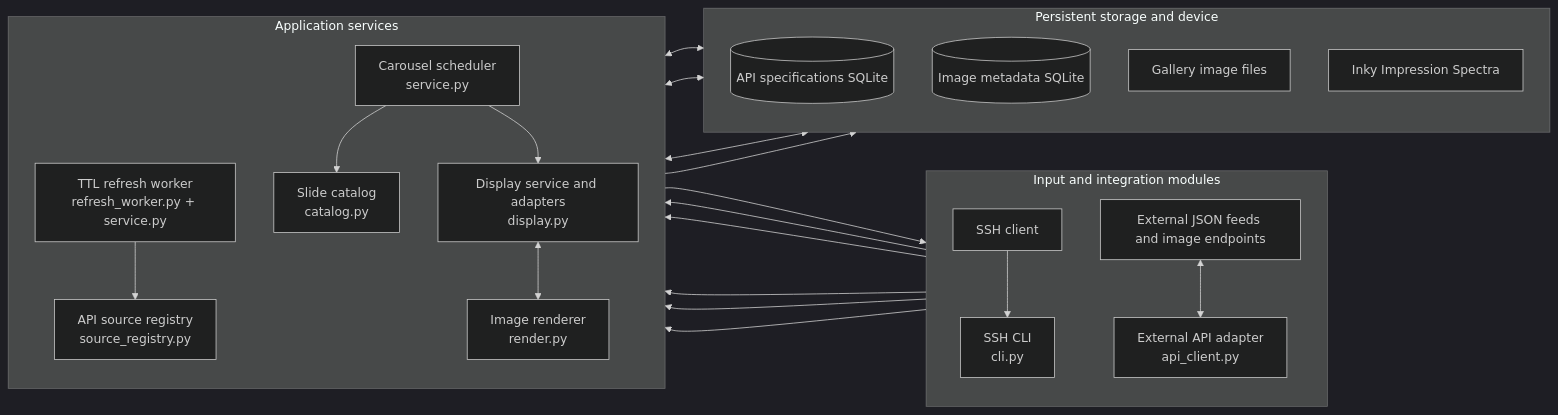
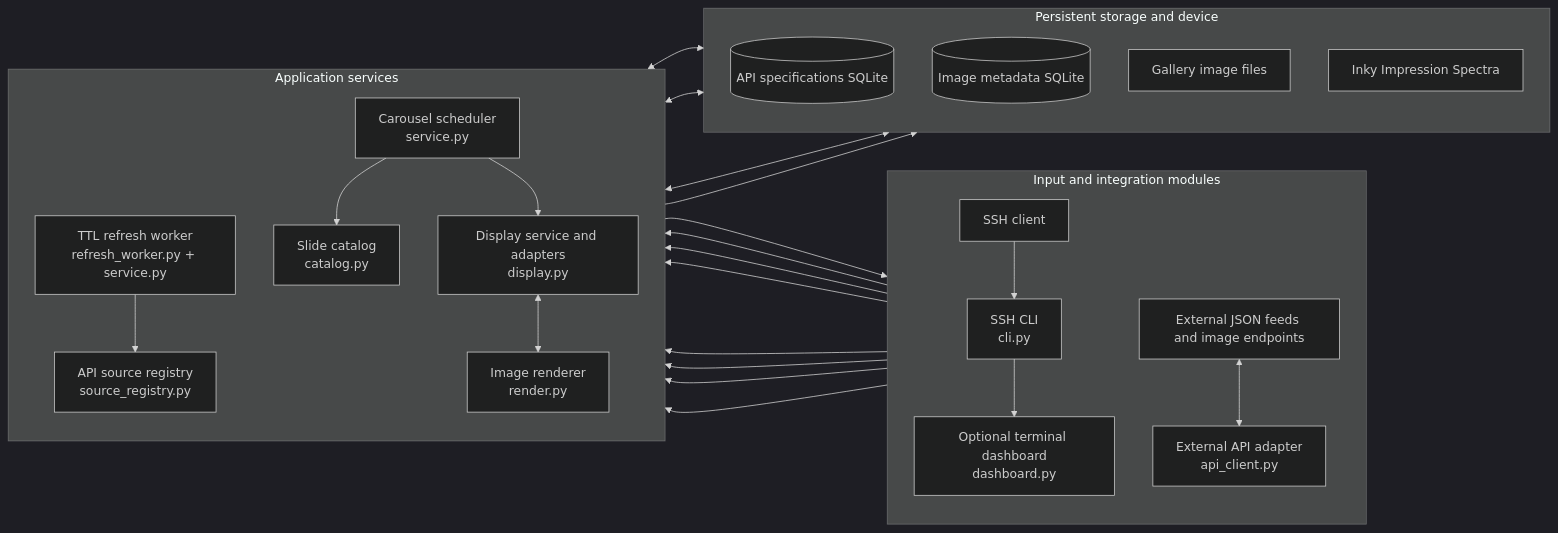
Before and after one commit to BrightonKahrs/epaper-display: the diagram in software_architecture.md, drawn with Mermaid (dark theme). The commit also changed other lines of this file and 12 other files, not shown here.

Commit message:
Add interactive terminal carousel dashboard

````diff
--- a/software_architecture.md
+++ b/software_architecture.md
@@ -16,44 +16,48 @@
 ```mermaid
 flowchart LR
   subgraph Inputs["Input and integration modules"]
     direction TB
     SSH[SSH client]
     CLI["SSH CLI<br/>cli.py"]
+    Dashboard["Optional terminal dashboard<br/>dashboard.py"]
     APIs["External JSON feeds and image endpoints"]
     APIClient["External API adapter<br/>api_client.py"]
     SSH --> CLI
+    CLI --> Dashboard
     APIs <--> APIClient
   end
 
   subgraph Services["Application services"]
     direction TB
     Registry["API source registry<br/>source_registry.py"]
     Refresh["TTL refresh worker<br/>refresh_worker.py + service.py"]
     Catalog["Slide catalog<br/>catalog.py"]
     Scheduler["Carousel scheduler<br/>service.py"]
     Renderer["Image renderer<br/>render.py"]
     DisplayService["Display service and adapters<br/>display.py"]
     CLI --> Registry
     CLI --> Catalog
+    Dashboard --> Catalog
+    Dashboard --> Registry
     CLI --> Refresh
     Refresh --> Registry
     Refresh --> APIClient
     APIClient --> Registry
     APIClient --> Catalog
     Scheduler --> Catalog
     Scheduler --> DisplayService
     DisplayService <--> Renderer
   end
 
   subgraph Local["Persistent storage and device"]
     direction TB
     Specs[(API specifications SQLite)]
     Metadata[(Image metadata SQLite)]
     Gallery[Gallery image files]
     Panel[Inky Impression Spectra]
     Registry <--> Specs
     Catalog <--> Metadata
     Catalog <--> Gallery
     DisplayService --> Panel
   end
 ```
````
